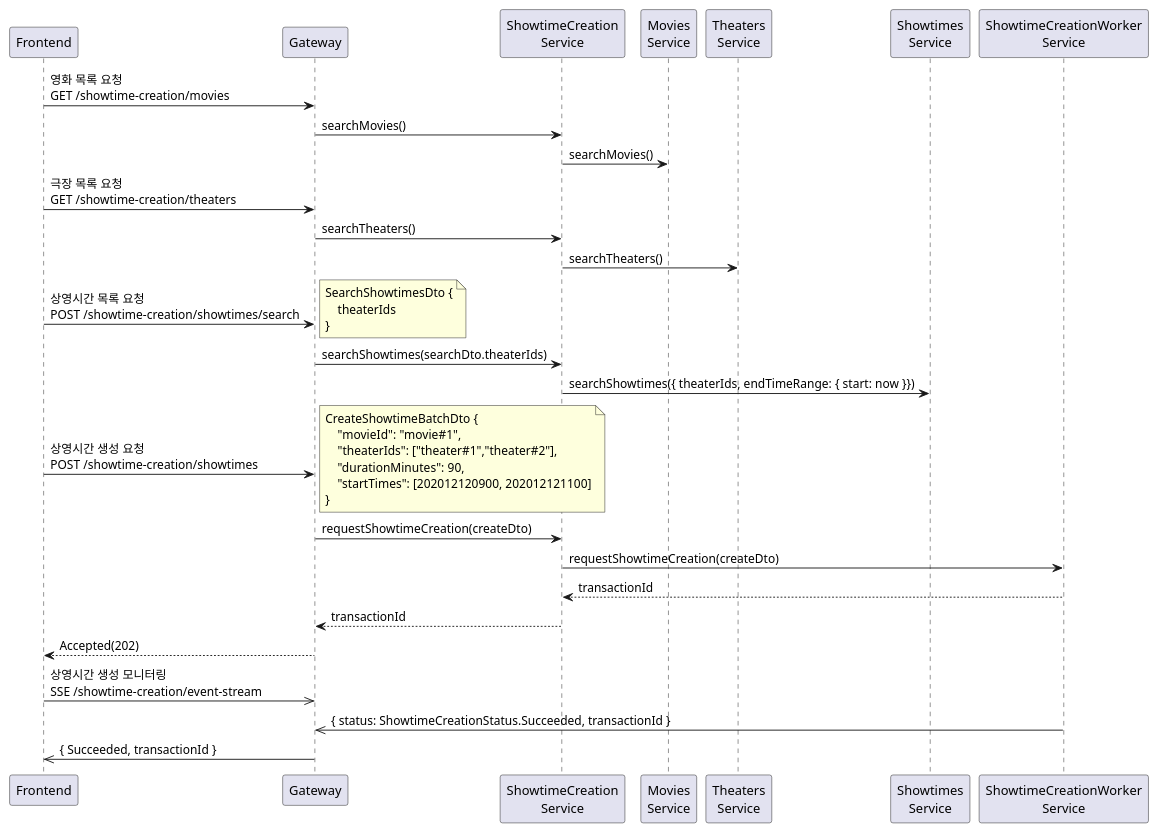
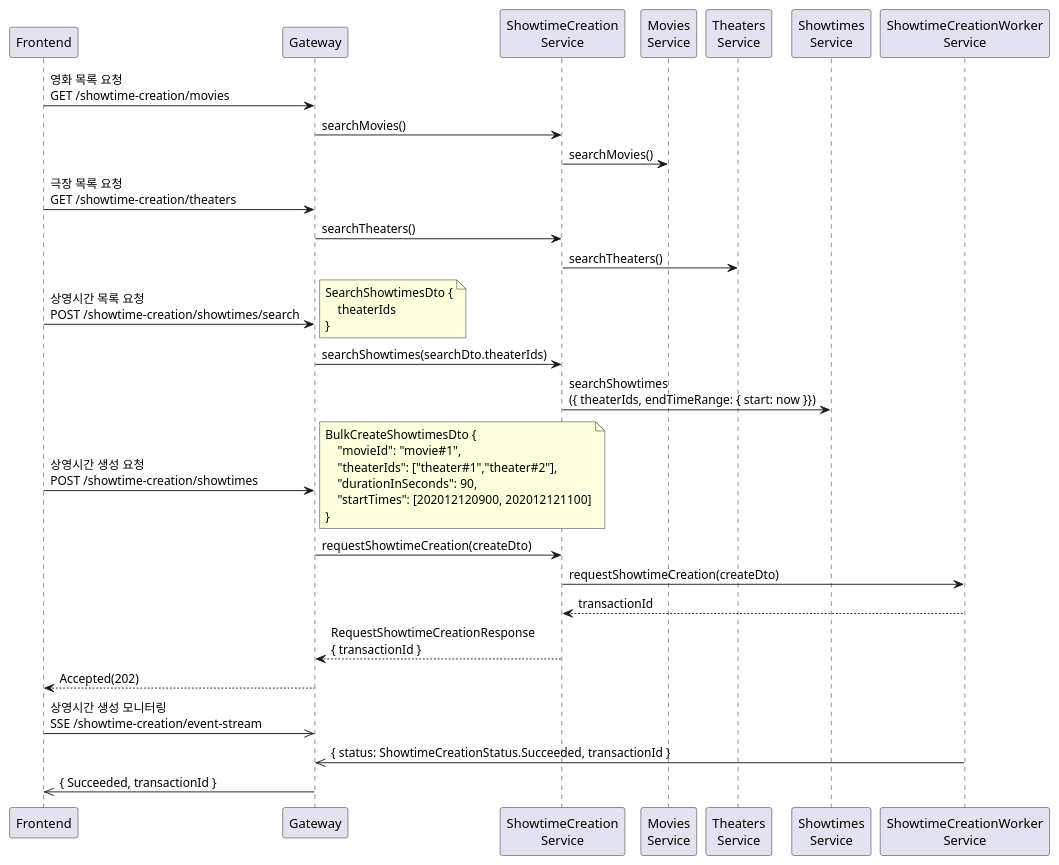
The ninth of 16 diagrams in _posts/2025-06-01-backend-design-3.md (mannercode/mannercode.github.io), drawn with PlantUML before and after one commit. The commit also changed other lines of this file and 122 other files, not shown here.

First line of the commit message:
Add UML diagrams for Showtime Creation workflow

```diff
--- a/_posts/2025-06-01-backend-design-3.md
+++ b/_posts/2025-06-01-backend-design-3.md
@@ -514,47 +531,47 @@
 {% plantuml %}
 @startuml
 participant Frontend as frontend
 participant Gateway as gateway
 participant "ShowtimeCreation\nService" as creation
 participant "Movies\nService" as movies
 participant "Theaters\nService" as theaters
 participant "Showtimes\nService" as showtimes
 participant "ShowtimeCreationWorker\nService" as worker
 
 frontend -> gateway: 영화 목록 요청\nGET /showtime-creation/movies
     gateway -> creation: searchMovies()
         creation -> movies: searchMovies()
 
 frontend -> gateway: 극장 목록 요청\nGET /showtime-creation/theaters
     gateway -> creation: searchTheaters()
         creation -> theaters: searchTheaters()
 
 frontend -> gateway: 상영시간 목록 요청\nPOST /showtime-creation/showtimes/search
     note right
         SearchShowtimesDto {
             theaterIds
         }
     end note
     gateway -> creation: searchShowtimes(searchDto.theaterIds)
-        creation -> showtimes: searchShowtimes({ theaterIds, endTimeRange: { start: now }})
+        creation -> showtimes: searchShowtimes\n({ theaterIds, endTimeRange: { start: now }})
 
 frontend -> gateway: 상영시간 생성 요청\nPOST /showtime-creation/showtimes
     note right
-        CreateShowtimeBatchDto {
+        BulkCreateShowtimesDto {
             "movieId": "movie#1",
             "theaterIds": ["theater#1","theater#2"],
-            "durationMinutes": 90,
+            "durationInSeconds": 90,
             "startTimes": [202012120900, 202012121100]
         }
     end note
     gateway -> creation: requestShowtimeCreation(createDto)
         creation -> worker: requestShowtimeCreation(createDto)
         creation <-- worker: transactionId
-    gateway <-- creation: transactionId
+    gateway <-- creation: RequestShowtimeCreationResponse\n{ transactionId }
 frontend <-- gateway: Accepted(202)
 
 frontend ->> gateway: 상영시간 생성 모니터링\nSSE /showtime-creation/event-stream
 gateway <<- worker: { status: ShowtimeCreationStatus.Succeeded, transactionId }
 frontend <<- gateway: { Succeeded, transactionId }
 @enduml
 {% endplantuml %}
```
